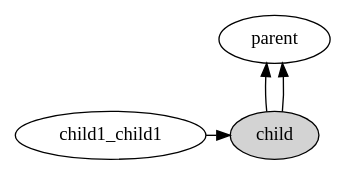
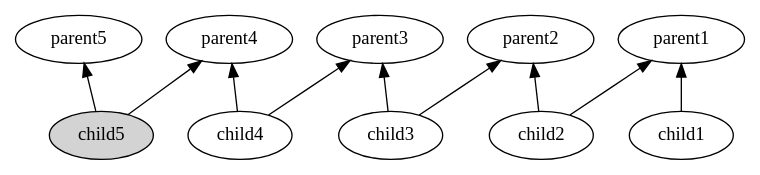
Before and after one commit to ubiregiinc/ubi_graphviz: the diagram in account_links.dot, drawn with Graphviz. The commit also changed 9 other files, not shown here.

```diff
--- a/account_links.dot
+++ b/account_links.dot
@@ -1,14 +1,20 @@
 digraph g{
-  child[
+  child5[
     style = "filled";
   ]
   graph[
     layout = dot;
   ]
-"child" -> "parent";
-"child" -> "parent";
-"child1_child1" -> "child";
+"child1" -> "parent1";
+"child2" -> "parent1";
+"child2" -> "parent2";
+"child3" -> "parent2";
+"child3" -> "parent3";
+"child4" -> "parent3";
+"child4" -> "parent4";
+"child5" -> "parent4";
+"child5" -> "parent5";
 
-  { rank = min; parent;parent; }
-  { rank = max; child;child1_child1; }
+  { rank = min; parent1;parent1;parent2;parent2;parent3;parent3;parent4;parent4;parent5; }
+  { rank = max; child1;child2;child2;child3;child3;child4;child4;child5;child5; }
 }
```
